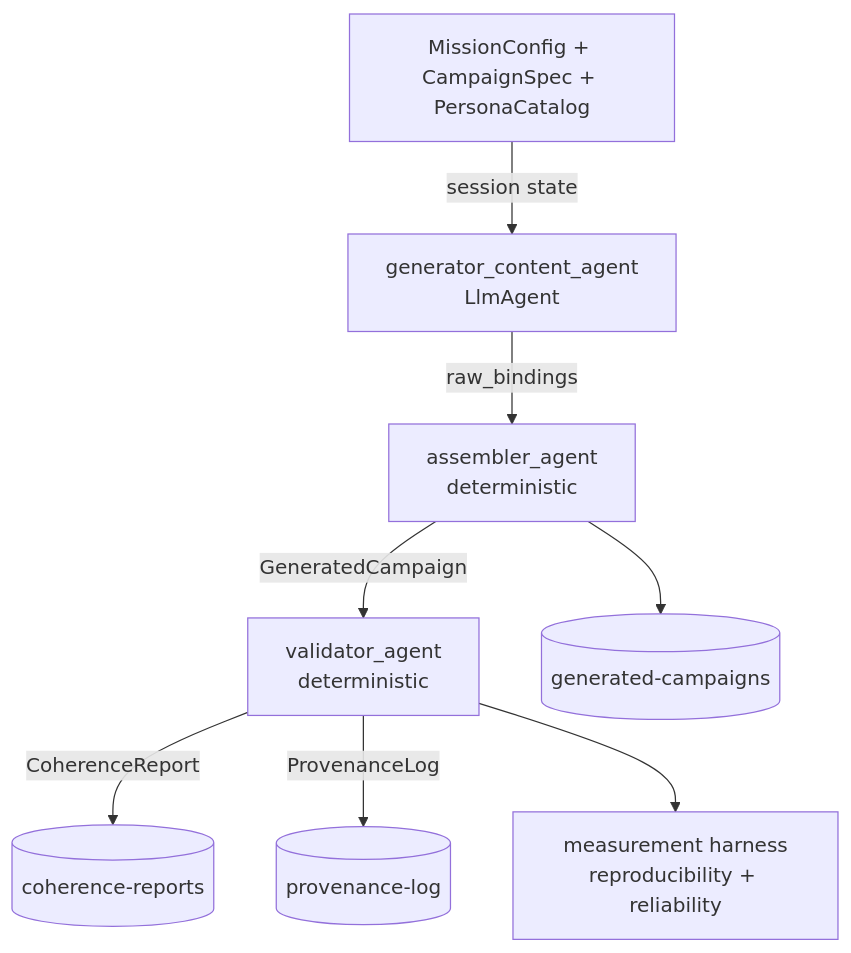
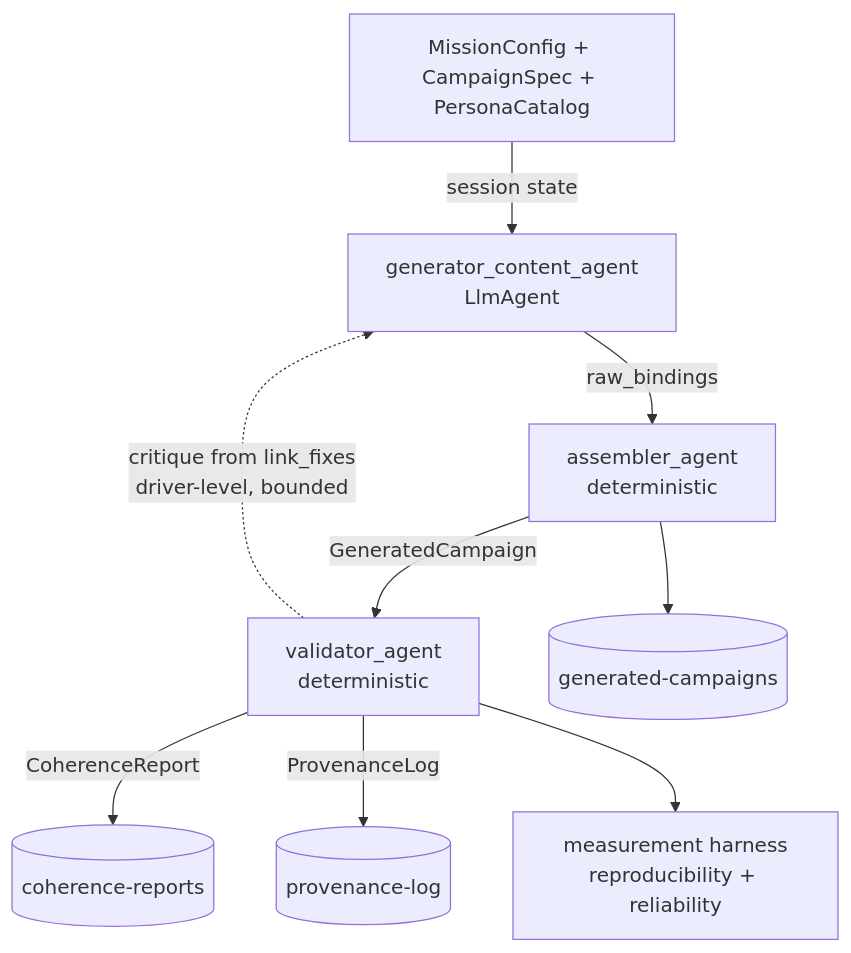
Before and after one commit to salog0d/PhishCraft: the diagram in docs/architecture.md, drawn with Mermaid. The commit also changed other lines of this file and 4 other files, not shown here.

````diff
--- a/docs/architecture.md
+++ b/docs/architecture.md
@@ -115,10 +139,11 @@
 ```mermaid
 flowchart TD
     A[MissionConfig + CampaignSpec + PersonaCatalog] -->|session state| R[generator_content_agent<br/>LlmAgent]
     R -->|raw_bindings| B[assembler_agent<br/>deterministic]
     B -->|GeneratedCampaign| C[validator_agent<br/>deterministic]
     B --> G[(generated-campaigns)]
     C -->|CoherenceReport| H[(coherence-reports)]
     C -->|ProvenanceLog| F[(provenance-log)]
     C --> M[measurement harness<br/>reproducibility + reliability]
+    C -.->|critique from link_fixes<br/>driver-level, bounded| R
 ```
````
